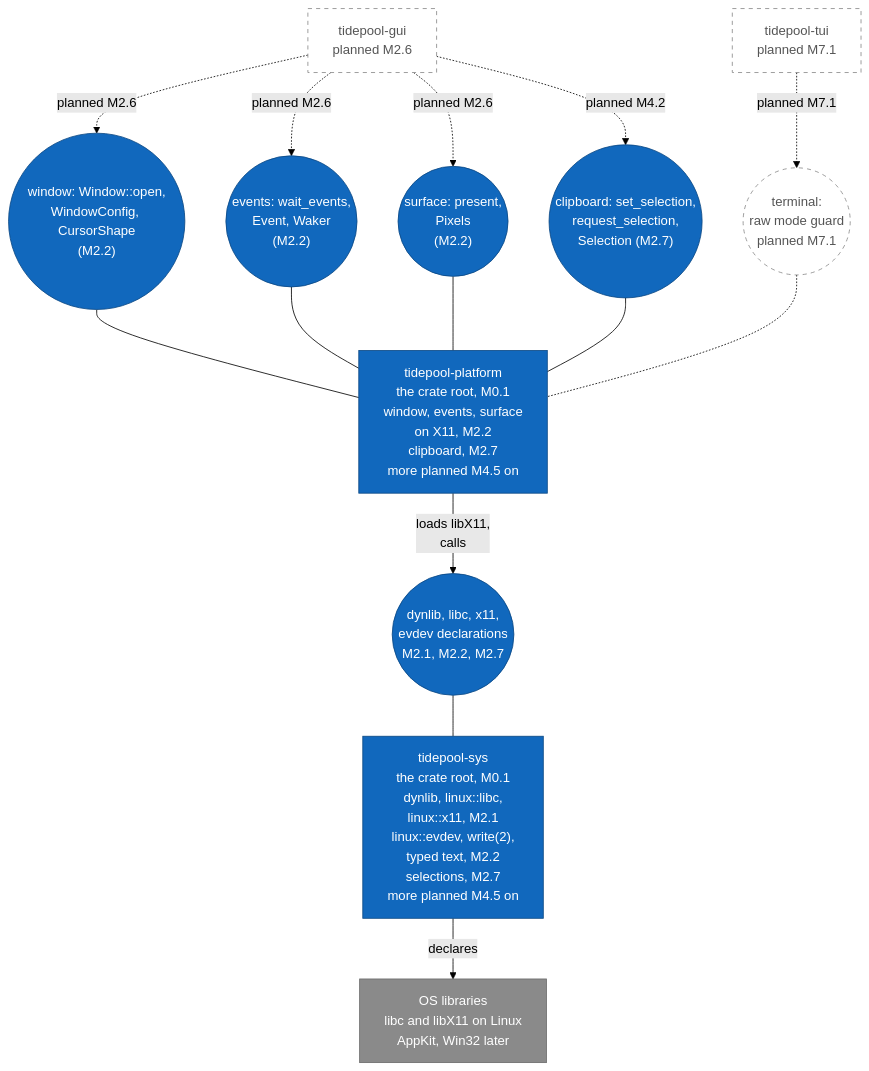
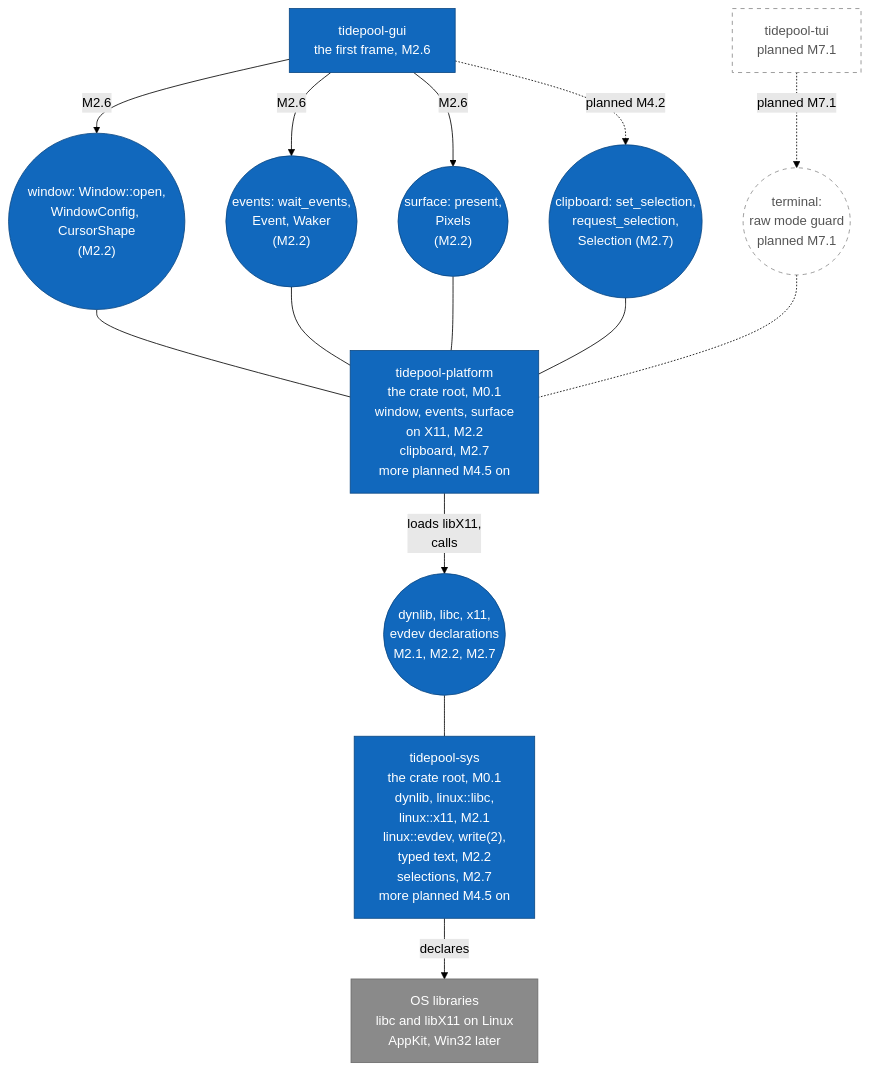
One commit to jabbott-iii/Tidepool changed the seventh of 21 diagrams in diagrams/component-diagrams.md. Above: the diagram before and after it, drawn with Mermaid (forest theme). The commit also changed other lines of this file and 35 other files, not shown here.

First line of the commit message:
gui, app: the first frame (M2.6)

````diff
--- a/diagrams/component-diagrams.md
+++ b/diagrams/component-diagrams.md
@@ -405,40 +410,40 @@
 ```mermaid
 flowchart TB
-    c_gui["tidepool-gui<br/>planned M2.6"]
+    c_gui["tidepool-gui<br/>the first frame, M2.6"]
     c_tui["tidepool-tui<br/>planned M7.1"]
 
     i_window(("window: Window::open,<br/>WindowConfig, CursorShape<br/>(M2.2)"))
     i_events(("events: wait_events,<br/>Event, Waker<br/>(M2.2)"))
     i_surface(("surface: present,<br/>Pixels<br/>(M2.2)"))
     i_clip(("clipboard: set_selection,<br/>request_selection,<br/>Selection (M2.7)"))
     i_terminal(("terminal:<br/>raw mode guard<br/>planned M7.1"))
 
     c_platform["tidepool-platform<br/>the crate root, M0.1<br/>window, events, surface<br/>on X11, M2.2<br/>clipboard, M2.7<br/>more planned M4.5 on"]
     i_decl(("dynlib, libc, x11,<br/>evdev declarations<br/>M2.1, M2.2, M2.7"))
     c_sys["tidepool-sys<br/>the crate root, M0.1<br/>dynlib, linux::libc,<br/>linux::x11, M2.1<br/>linux::evdev, write(2),<br/>typed text, M2.2<br/>selections, M2.7<br/>more planned M4.5 on"]
     e_os["OS libraries<br/>libc and libX11 on Linux<br/>AppKit, Win32 later"]
 
-    c_gui -.->|"planned M2.6"| i_window
-    c_gui -.->|"planned M2.6"| i_events
-    c_gui -.->|"planned M2.6"| i_surface
+    c_gui -->|"M2.6"| i_window
+    c_gui -->|"M2.6"| i_events
+    c_gui -->|"M2.6"| i_surface
     c_gui -.->|"planned M4.2"| i_clip
     c_tui -.->|"planned M7.1"| i_terminal
 
     i_window --- c_platform
     i_events --- c_platform
     i_surface --- c_platform
     i_clip --- c_platform
     i_terminal -.- c_platform
 
     c_platform -->|"loads libX11,<br/>calls"| i_decl
     i_decl --- c_sys
     c_sys -->|"declares"| e_os
 
     classDef built fill:#1168bd,stroke:#0b4884,color:#ffffff
     classDef external fill:#8a8a8a,stroke:#6b6b6b,color:#ffffff
     classDef planned fill:#ffffff,stroke:#888888,stroke-dasharray: 5 5,color:#555555
-    class c_platform,c_sys,i_decl,i_window,i_events,i_surface,i_clip built
-    class c_gui,c_tui planned
+    class c_platform,c_sys,c_gui,i_decl,i_window,i_events,i_surface,i_clip built
+    class c_tui planned
     class i_terminal planned
     class e_os external
 ```
````
